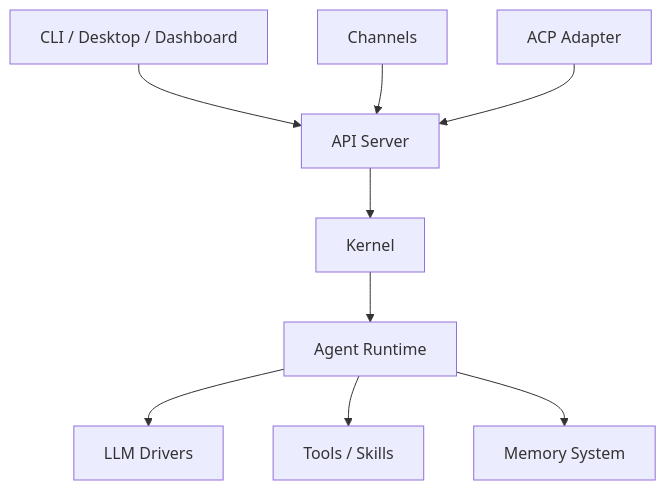
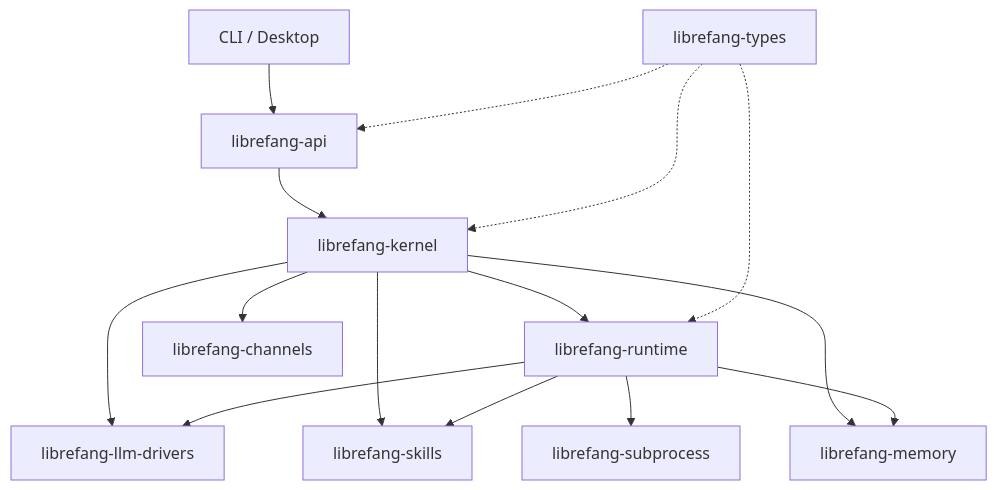
Before and after one commit to leszek3737/librefang-WIki: the diagram in overview.md, drawn with Mermaid. The commit also changed other lines of this file and 204 other files, not shown here.

````diff
--- a/overview.md
+++ b/overview.md
@@ -9,16 +15,28 @@
 ```mermaid
-graph TD
-    UI["CLI / Desktop / Dashboard"]
-    CH["Channels"]
-    ACP["ACP Adapter"]
+graph TB
+    CLI["CLI / Desktop"]
+    API["librefang-api"]
+    KERNEL["librefang-kernel"]
+    RT["librefang-runtime"]
+    TYPES["librefang-types"]
+    MEM["librefang-memory"]
+    LLM["librefang-llm-drivers"]
+    CHAN["librefang-channels"]
+    SKILLS["librefang-skills"]
+    SUB["librefang-subprocess"]
 
-    UI --> API
-    CH --> API
-    ACP --> API
-
-    API["API Server"] --> K["Kernel"]
-    K --> RT["Agent Runtime"]
-    RT --> LLM["LLM Drivers"]
-    RT --> TOOLS["Tools / Skills"]
-    RT --> MEM["Memory System"]
+    CLI --> API
+    API --> KERNEL
+    KERNEL --> RT
+    KERNEL --> MEM
+    KERNEL --> CHAN
+    KERNEL --> SKILLS
+    KERNEL --> LLM
+    RT --> SUB
+    RT --> MEM
+    RT --> SKILLS
+    RT --> LLM
+    TYPES -.-> API
+    TYPES -.-> KERNEL
+    TYPES -.-> RT
 ```
````
